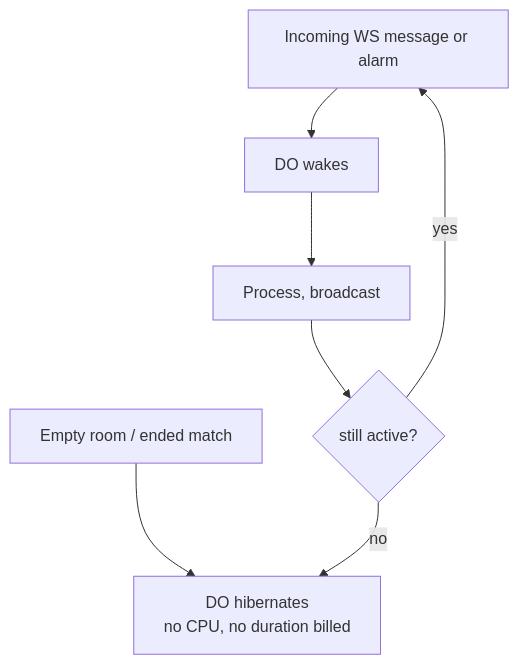
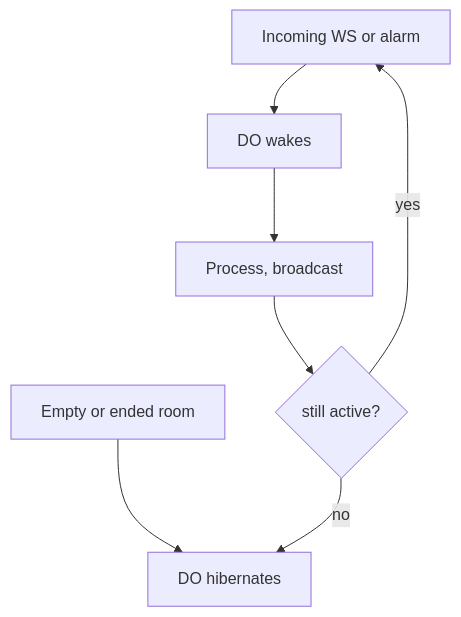
Before and after one commit to rayanfer32/tiny-militia-web: the sixth of 6 diagrams in docs/BACKEND_ARCHITECTURE.md, drawn with Mermaid. The commit also changed other lines of this file, not shown here.

Commit message:
docs: fix mermaid diagram parse errors

````diff
--- a/docs/BACKEND_ARCHITECTURE.md
+++ b/docs/BACKEND_ARCHITECTURE.md
@@ -143,9 +143,9 @@
 ```mermaid
 flowchart TD
-  E[Empty room / ended match] --> H[DO hibernates<br/>no CPU, no duration billed]
-  A[Incoming WS message or alarm] --> W[DO wakes]
-  W --> P[Process, broadcast]
-  P --> E2{still active?}
+  E["Empty or ended room"] --> H["DO hibernates"]
+  A["Incoming WS or alarm"] --> W["DO wakes"]
+  W --> P["Process, broadcast"]
+  P --> E2{"still active?"}
   E2 -- yes --> A
   E2 -- no --> H
 ```
````
